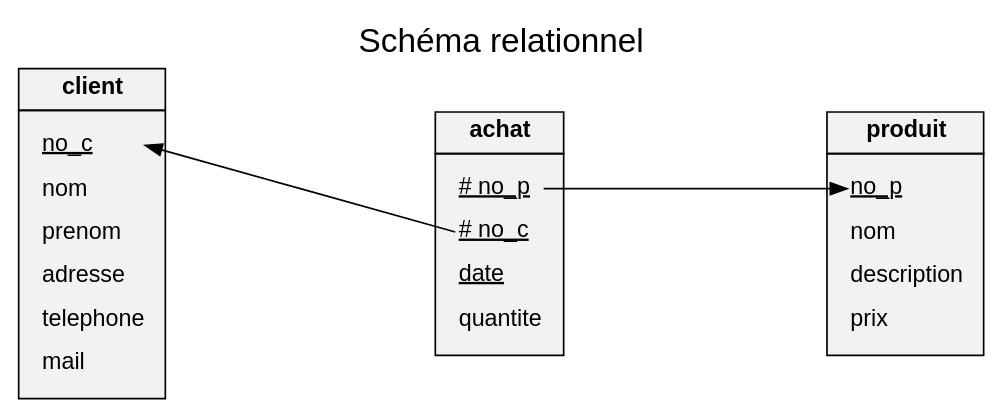
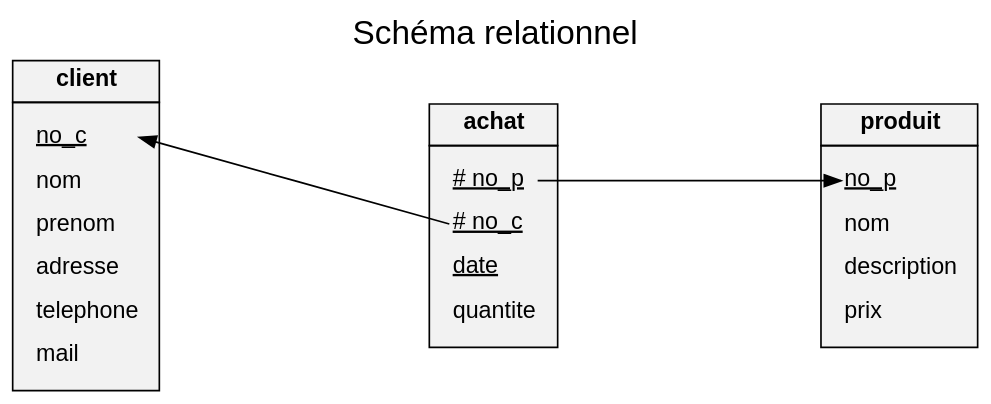
The diagram in docs/2e/bases-de-donnees/bd-relationnelle.md (t-doc-org/informatique), drawn with Graphviz before and after one commit. The commit also changed other lines of this file and 2 other files, not shown here.

Commit message:
Set transparent backgrounds on {graphviz} graphs.

````diff
--- a/docs/2e/bases-de-donnees/bd-relationnelle.md
+++ b/docs/2e/bases-de-donnees/bd-relationnelle.md
@@ -199,69 +201,70 @@
 ```{graphviz}
 :align: center
 digraph UML_Class_diagram {
   graph [
     label="Schéma relationnel"
     labelloc="t"
     fontname="Helvetica,Arial,sans-serif"
     fontsize="20pt"
     layout="circo"
+    bgcolor="transparent"
   ]
   node [
     fontname="Helvetica,Arial,sans-serif"
     shape=record
     style=filled
     fillcolor=gray95
   ]
   edge [fontname="Helvetica,Arial,sans-serif"]
   edge [style=solid]
   Class3:a1 -> Class1:p1
   Class3:a2 -> Class2:c1
 
   Class1 [
     shape=plain
     label=<<table border="0" cellborder="1" cellspacing="0" cellpadding="4">
       <tr> <td> <b>produit</b> </td> </tr>
       <tr> <td>
         <table border="0" cellborder="0" cellspacing="7" >
           <tr> <td align="left" port="p1"><u>no_p</u></td> </tr>
           <tr> <td port="p2" align="left" >nom</td> </tr>
           <tr> <td port="p3" align="left" >description</td> </tr>
           <tr> <td port="p4" align="left" >prix</td> </tr>
         </table>
       </td> </tr>
     </table>>
   ]
 
   Class2 [
     shape=plain
     label=<<table border="0" cellborder="1" cellspacing="0" cellpadding="4">
       <tr> <td> <b>client</b> </td> </tr>
       <tr> <td>
         <table border="0" cellborder="0" cellspacing="7" >
           <tr> <td align="left" port="c1"><u>no_c</u></td> </tr>
           <tr> <td port="c2" align="left" >nom</td> </tr>
           <tr> <td port="c3" align="left" >prenom</td> </tr>
           <tr> <td port="c4" align="left" >adresse</td> </tr>
           <tr> <td port="c5" align="left" >telephone</td> </tr>
           <tr> <td port="c6" align="left" >mail</td> </tr>
         </table>
       </td> </tr>
     </table>>
   ]
 
   Class3 [
     shape=plain
     label=<<table border="0" cellborder="1" cellspacing="0" cellpadding="4">
       <tr> <td> <b>achat</b> </td> </tr>
       <tr> <td>
         <table border="0" cellborder="0" cellspacing="7" >
           <tr> <td align="left" port="a1"><u># no_p</u></td> </tr>
           <tr> <td port="a2" align="left" ><u># no_c</u></td> </tr>
           <tr> <td port="a2" align="left" ><u>date</u></td> </tr>
           <tr> <td port="a2" align="left" >quantite</td> </tr>
         </table>
       </td> </tr>
     </table>>
   ]
 }
 ```
````
